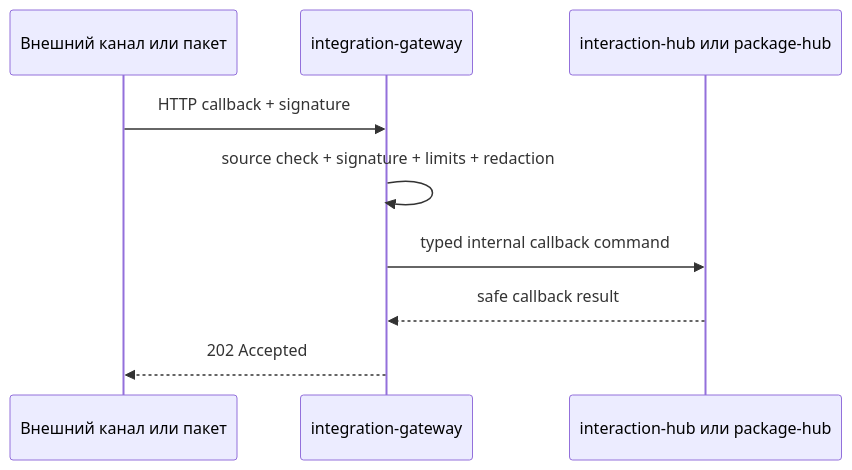
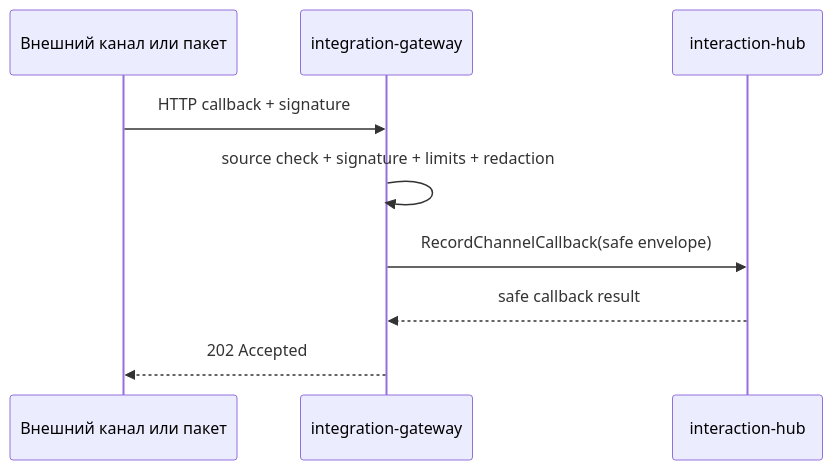
Before and after one commit to codex-k8s/kodex: the second of 2 diagrams in docs/domains/integration-gateway/architecture/design.md, drawn with Mermaid. The commit also changed other lines of this file and 33 other files, not shown here.

Commit message:
Add integration gateway channel callback route

````diff
--- a/docs/domains/integration-gateway/architecture/design.md
+++ b/docs/domains/integration-gateway/architecture/design.md
@@ -109,11 +109,11 @@
 ```mermaid
 sequenceDiagram
   participant C as Внешний канал или пакет
   participant IGW as integration-gateway
-  participant Owner as interaction-hub или package-hub
+  participant IH as interaction-hub
   C->>IGW: HTTP callback + signature
   IGW->>IGW: source check + signature + limits + redaction
-  IGW->>Owner: typed internal callback command
-  Owner-->>IGW: safe callback result
+  IGW->>IH: RecordChannelCallback(safe envelope)
+  IH-->>IGW: safe callback result
   IGW-->>C: 202 Accepted
 ```
````
